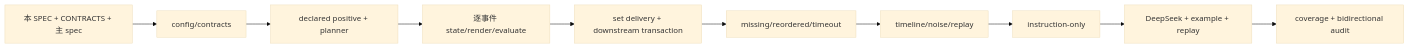
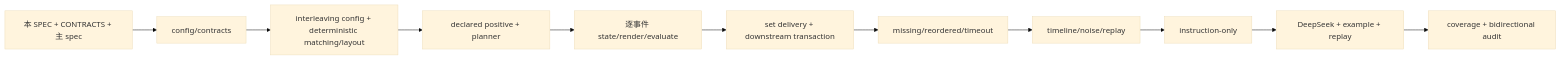
One commit to HoldThatThgt/LabelKit changed the fifth of 5 diagrams in docs/dev/SPEC-sequence-generation-redesign.md. Above: the diagram before and after it, drawn with Mermaid (base theme). The commit also changed other lines of this file and 59 other files, not shown here.

Commit message:
feat: add weighted sequence interleaving

```diff
--- a/docs/dev/SPEC-sequence-generation-redesign.md
+++ b/docs/dev/SPEC-sequence-generation-redesign.md
@@ -2725,12 +2872,13 @@
 ~~~mermaid
 flowchart LR
     S["本 SPEC + CONTRACTS + 主 spec"] --> C["config/contracts"]
-    C --> P["declared positive + planner"]
+    C --> X["interleaving config + deterministic matching/layout"]
+    X --> P["declared positive + planner"]
     P --> W["逐事件 state/render/evaluate"]
     W --> D["set delivery + downstream transaction"]
     D --> N["missing/reordered/timeout"]
     N --> T["timeline/noise/replay"]
     T --> I["instruction-only"]
     I --> L["DeepSeek + example + replay"]
     L --> A["coverage + bidirectional audit"]
 ~~~
```
